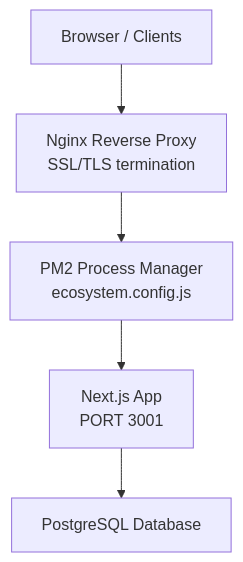
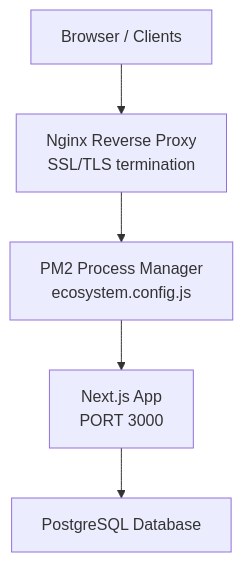
The second of 7 diagrams in .qoder/repowiki/en/content/Deployment & Operations.md (nzey11/erp-new), drawn with Mermaid before and after one commit. The commit also changed other lines of this file and 5 other files, not shown here.

````diff
--- a/.qoder/repowiki/en/content/Deployment & Operations.md
+++ b/.qoder/repowiki/en/content/Deployment & Operations.md
@@ -120,12 +127,12 @@
 ```mermaid
 graph TB
 CLIENT["Browser / Clients"]
 NGINX["Nginx Reverse Proxy<br/>SSL/TLS termination"]
 PM2["PM2 Process Manager<br/>ecosystem.config.js"]
-NEXT["Next.js App<br/>PORT 3001"]
+NEXT["Next.js App<br/>PORT 3000"]
 DB["PostgreSQL Database"]
 CLIENT --> NGINX
 NGINX --> PM2
 PM2 --> NEXT
 NEXT --> DB
 ```
````
